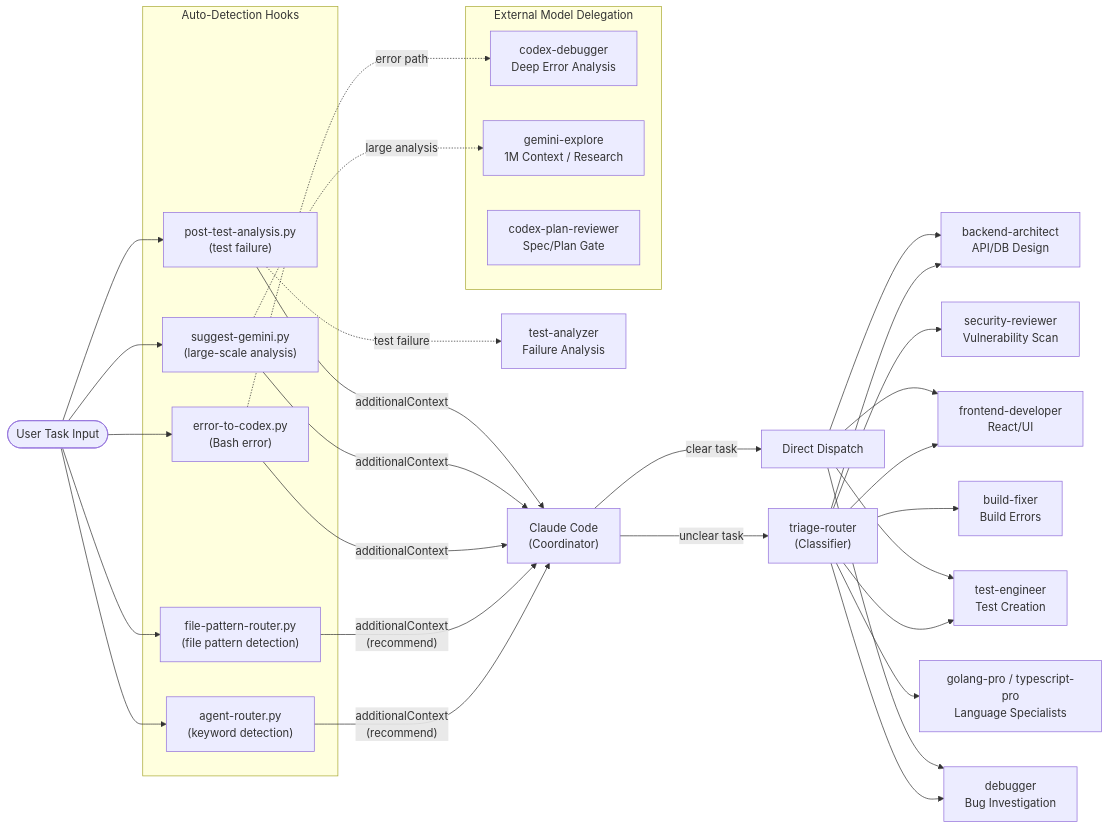
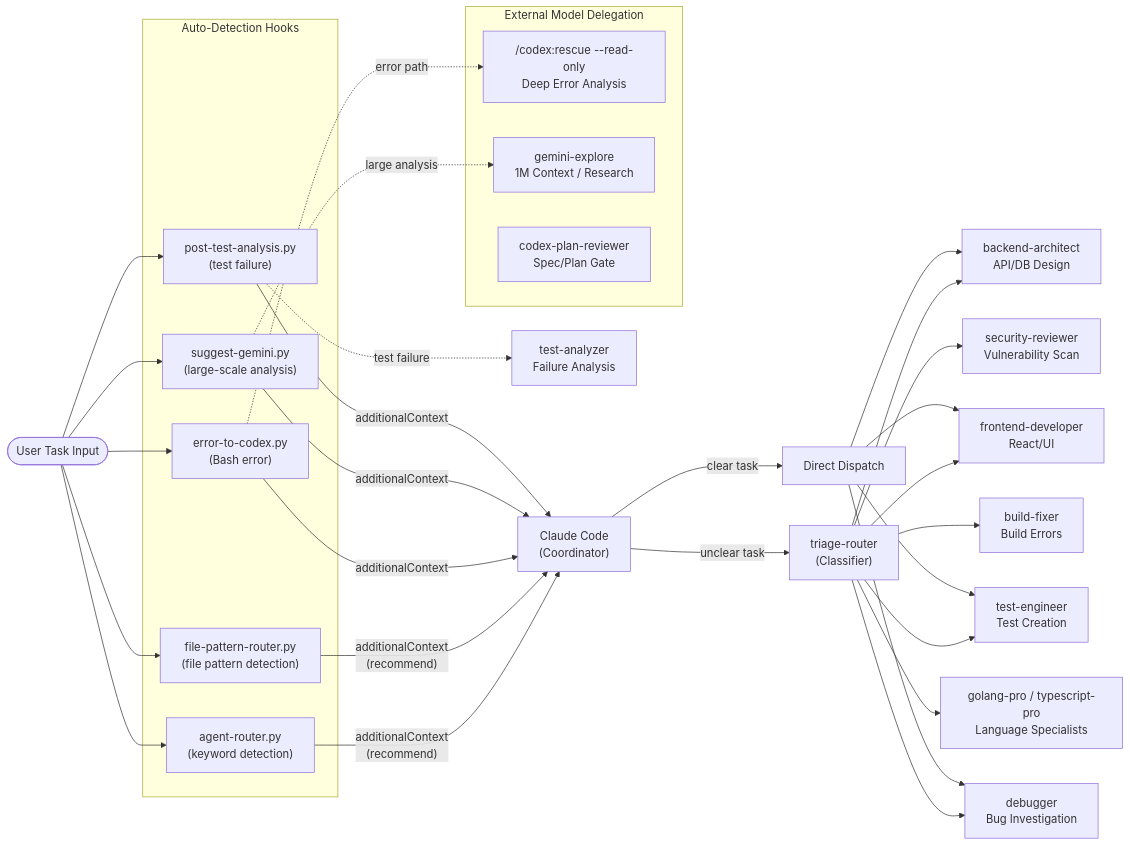
One commit to takeuchi-shogo/dotfiles changed the diagram in .config/claude/references/diagrams/agent-routing.md. Above: the diagram before and after it, drawn with Mermaid. The commit also changed 20 other files, not shown here.

First line of the commit message:
🔥 refactor(codex): drop unused codex-debugger agent and Skill:codex

````diff
--- a/.config/claude/references/diagrams/agent-routing.md
+++ b/.config/claude/references/diagrams/agent-routing.md
@@ -12,51 +12,51 @@
 ```mermaid
 flowchart LR
     INPUT(["User Task Input"])
 
     subgraph hooks ["Auto-Detection Hooks"]
         AR["agent-router.py<br/>(keyword detection)"]
         FPR["file-pattern-router.py<br/>(file pattern detection)"]
         ETC["error-to-codex.py<br/>(Bash error)"]
         SG["suggest-gemini.py<br/>(large-scale analysis)"]
         PTA["post-test-analysis.py<br/>(test failure)"]
     end
 
     INPUT --> AR
     INPUT --> FPR
     INPUT --> ETC
     INPUT --> SG
     INPUT --> PTA
 
     CC["Claude Code<br/>(Coordinator)"]
     AR -->|"additionalContext<br/>(recommend)"| CC
     FPR -->|"additionalContext<br/>(recommend)"| CC
     ETC -->|"additionalContext"| CC
     SG -->|"additionalContext"| CC
     PTA -->|"additionalContext"| CC
 
     CC -->|"unclear task"| TR["triage-router<br/>(Classifier)"]
     CC -->|"clear task"| DIRECT["Direct Dispatch"]
 
     TR --> ARCH["backend-architect<br/>API/DB Design"]
     TR --> FE["frontend-developer<br/>React/UI"]
     TR --> TE["test-engineer<br/>Test Creation"]
     TR --> DBG["debugger<br/>Bug Investigation"]
     TR --> SEC["security-reviewer<br/>Vulnerability Scan"]
     TR --> BF["build-fixer<br/>Build Errors"]
     TR --> LANG["golang-pro / typescript-pro<br/>Language Specialists"]
 
     DIRECT --> ARCH
     DIRECT --> FE
     DIRECT --> TE
     DIRECT --> DBG
 
-    ETC -.->|"error path"| CDXD["codex-debugger<br/>Deep Error Analysis"]
+    ETC -.->|"error path"| CDXD["/codex:rescue --read-only<br/>Deep Error Analysis"]
     SG -.->|"large analysis"| GEM["gemini-explore<br/>1M Context / Research"]
     PTA -.->|"test failure"| TA["test-analyzer<br/>Failure Analysis"]
 
     subgraph external ["External Model Delegation"]
         CDXD
         CDXR["codex-plan-reviewer<br/>Spec/Plan Gate"]
         GEM
     end
 ```
````
